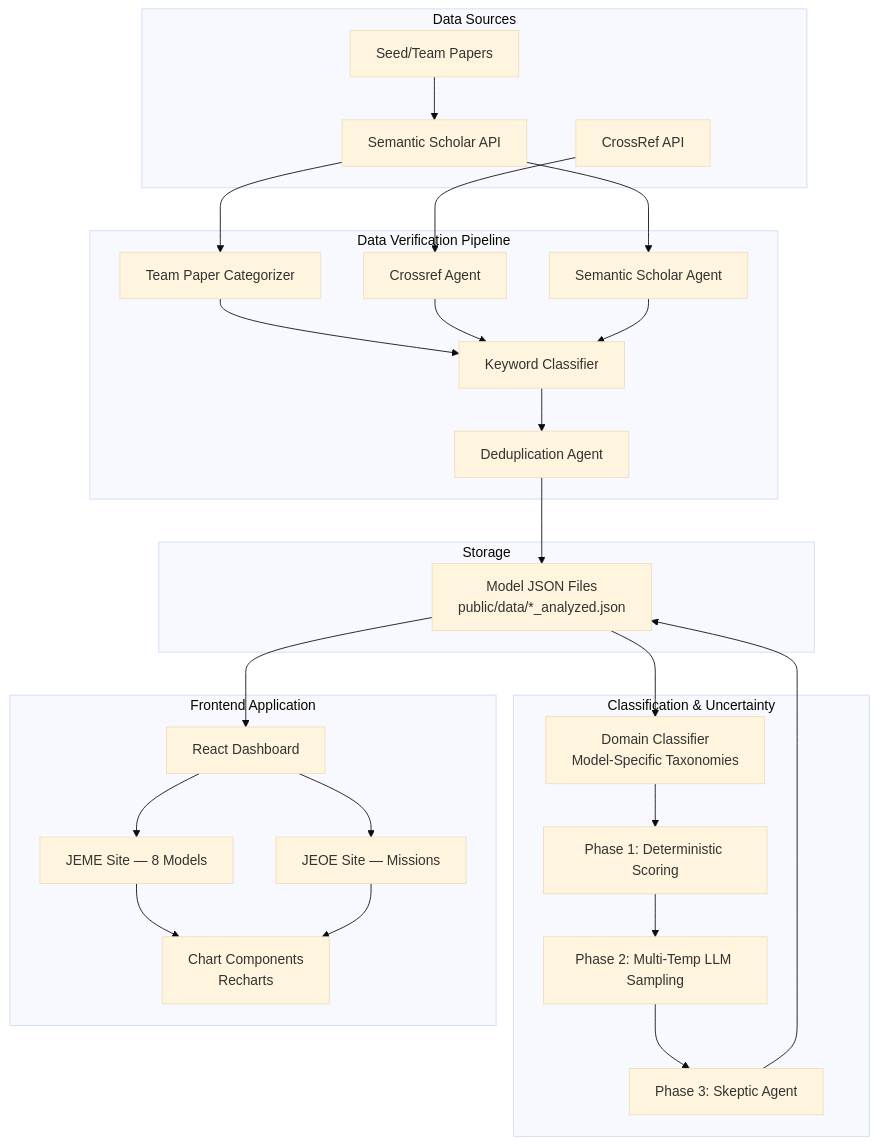
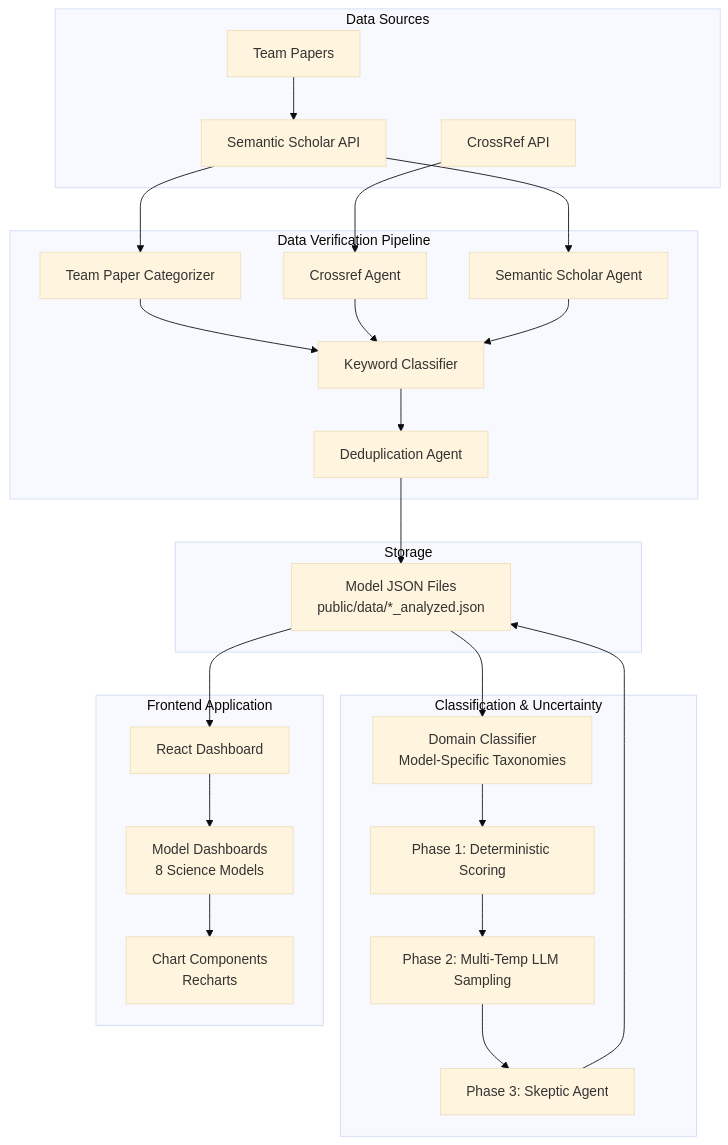
The first of 4 diagrams in public/HOW_IT_WORKS.md (nasa-jpl/JEME), drawn with Mermaid (base theme) before and after one commit. The commit also changed other lines of this file and 62 other files, not shown here.

````diff
--- a/public/HOW_IT_WORKS.md
+++ b/public/HOW_IT_WORKS.md
@@ -14,54 +23,51 @@
 ```mermaid
 graph TB
     subgraph "Data Sources"
         A[Semantic Scholar API]
         B[CrossRef API]
-        C[Seed/Team Papers]
+        C[Team Papers]
     end
 
     subgraph "Data Verification Pipeline"
         D[Team Paper Categorizer]
         E[Crossref Agent]
         F[Semantic Scholar Agent]
         G[Keyword Classifier]
         H[Deduplication Agent]
     end
 
     subgraph "Classification & Uncertainty"
         I[Domain Classifier<br/>Model-Specific Taxonomies]
         J[Phase 1: Deterministic Scoring]
         K[Phase 2: Multi-Temp LLM Sampling]
         L[Phase 3: Skeptic Agent]
     end
 
     subgraph "Storage"
         M[Model JSON Files<br/>public/data/*_analyzed.json]
     end
 
     subgraph "Frontend Application"
         N[React Dashboard]
-        O[JEME Site — 8 Models]
-        P[JEOE Site — Missions]
+        O[Model Dashboards<br/>8 Science Models]
         Q[Chart Components<br/>Recharts]
     end
 
     C --> A
     A --> D
     B --> E
     A --> F
     D --> G
     E --> G
     F --> G
     G --> H
     H --> M
     M --> I
     I --> J
     J --> K
     K --> L
     L --> M
     M --> N
     N --> O
-    N --> P
     O --> Q
-    P --> Q
 ```
````
